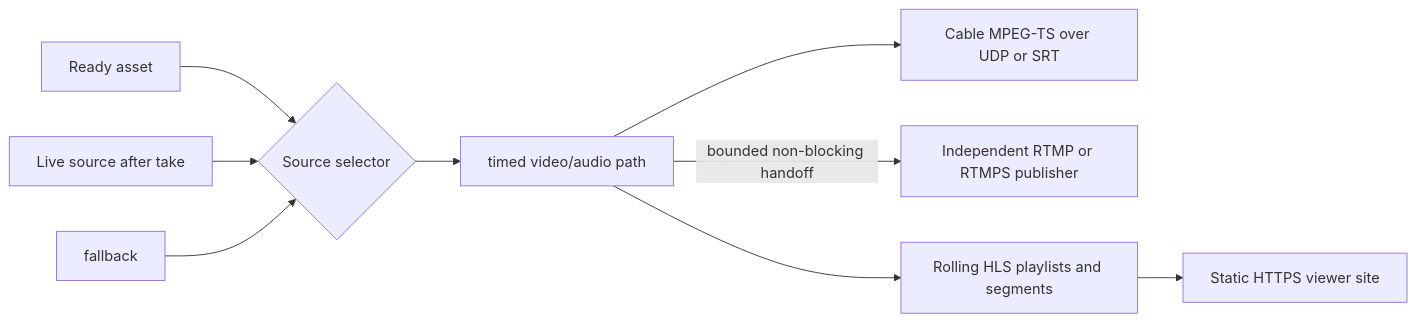
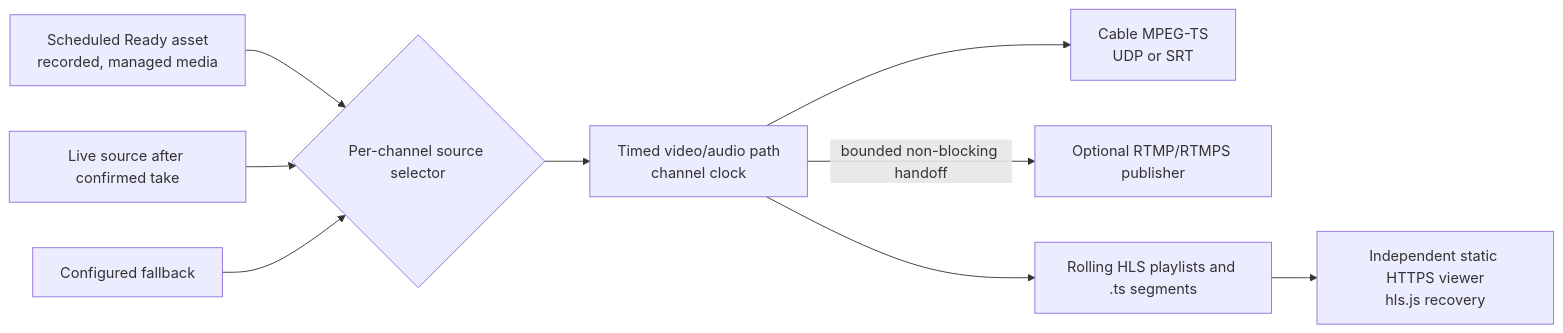
One commit to scottconverse/civiccast-lite changed the second of 4 diagrams in docs/architecture/overview.md. Above: the diagram before and after it, drawn with Mermaid. The commit also changed other lines of this file and 12 other files, not shown here.

````diff
--- a/docs/architecture/overview.md
+++ b/docs/architecture/overview.md
@@ -31,11 +61,11 @@
 ```mermaid
 flowchart LR
-  R[Ready asset] --> SEL{"Source selector"}
-  L["Live source after take"] --> SEL
-  F[fallback] --> SEL
-  SEL --> AV[timed video/audio path]
-  AV --> TS["Cable MPEG-TS over UDP or SRT"]
-  AV -->|bounded non-blocking handoff| RT["Independent RTMP or RTMPS publisher"]
-  AV --> HLS["Rolling HLS playlists and segments"]
-  HLS --> SITE["Static HTTPS viewer site"]
+  READY["Scheduled Ready asset<br/>recorded, managed media"] --> SEL{"Per-channel source selector"}
+  LIVE["Live source after confirmed take"] --> SEL
+  FALL["Configured fallback"] --> SEL
+  SEL --> AV["Timed video/audio path<br/>channel clock"]
+  AV --> CABLE["Cable MPEG-TS<br/>UDP or SRT"]
+  AV -->|"bounded non-blocking handoff"| RTMP["Optional RTMP/RTMPS publisher"]
+  AV --> HLS["Rolling HLS playlists and .ts segments"]
+  HLS --> SITE["Independent static HTTPS viewer<br/>hls.js recovery"]
 ```
````
